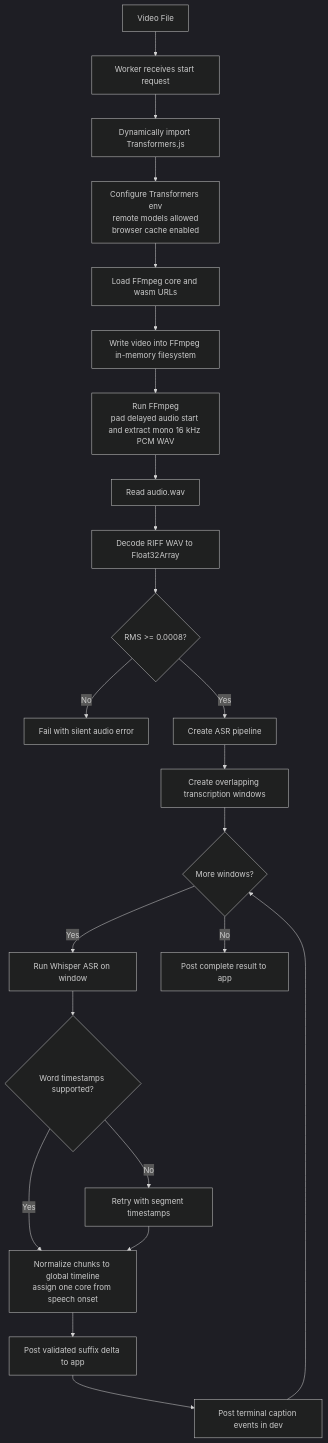
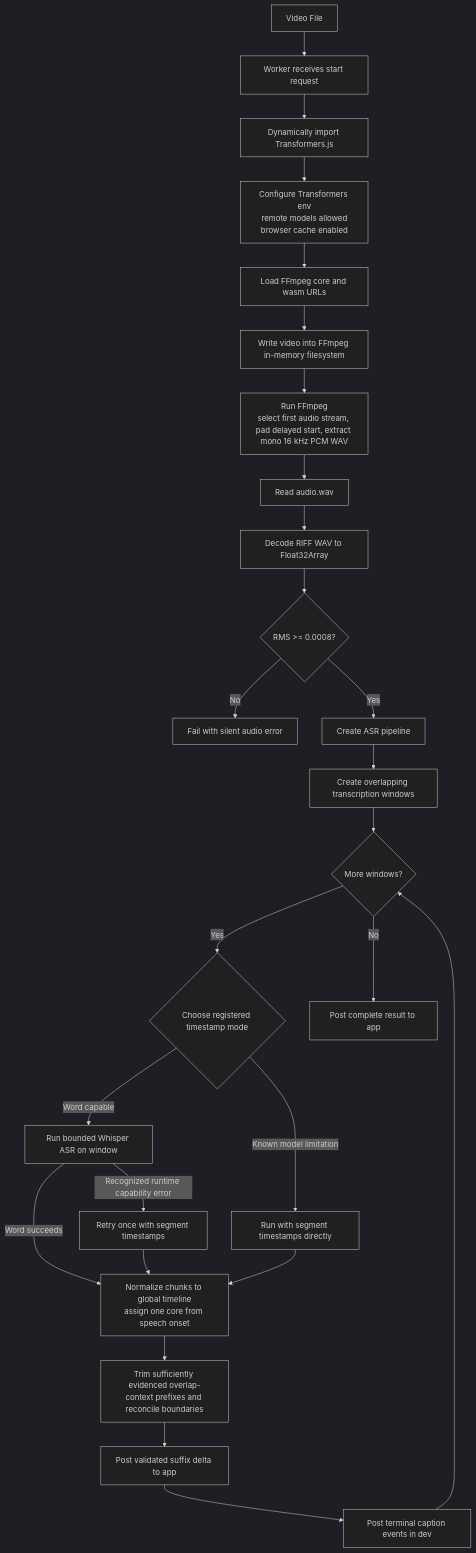
Before and after one commit to zxyandreay/auto-subtitle: the fifth of 18 diagrams in docs/project-state.md, drawn with Mermaid (dark theme). The commit also changed other lines of this file and 38 other files, not shown here.

````diff
--- a/docs/project-state.md
+++ b/docs/project-state.md
@@ -317,25 +322,28 @@
 ```mermaid
 flowchart TD
     File["Video File"] --> WorkerStart["Worker receives start request"]
     WorkerStart --> DynamicImport["Dynamically import Transformers.js"]
     DynamicImport --> Env["Configure Transformers env\nremote models allowed\nbrowser cache enabled"]
     Env --> FfmpegLoad["Load FFmpeg core and wasm URLs"]
     FfmpegLoad --> WriteInput["Write video into FFmpeg in-memory filesystem"]
-    WriteInput --> FfmpegExec["Run FFmpeg\npad delayed audio start and extract mono 16 kHz PCM WAV"]
+    WriteInput --> FfmpegExec["Run FFmpeg\nselect first audio stream, pad delayed start, extract mono 16 kHz PCM WAV"]
     FfmpegExec --> ReadWav["Read audio.wav"]
     ReadWav --> Decode["Decode RIFF WAV to Float32Array"]
     Decode --> Silence{"RMS >= 0.0008?"}
     Silence -->|No| Error["Fail with silent audio error"]
     Silence -->|Yes| LoadPipeline["Create ASR pipeline"]
     LoadPipeline --> Windows["Create overlapping transcription windows"]
     Windows --> Loop{"More windows?"}
-    Loop -->|Yes| Asr["Run Whisper ASR on window"]
-    Asr --> TimestampFallback{"Word timestamps supported?"}
-    TimestampFallback -->|No| SegmentRetry["Retry with segment timestamps"]
-    TimestampFallback -->|Yes| Normalize["Normalize chunks to global timeline\nassign one core from speech onset"]
+    Loop -->|Yes| TimestampRequest{"Choose registered timestamp mode"}
+    TimestampRequest -->|Word capable| Asr["Run bounded Whisper ASR on window"]
+    TimestampRequest -->|Known model limitation| SegmentDirect["Run with segment timestamps directly"]
+    Asr -->|Word succeeds| Normalize["Normalize chunks to global timeline\nassign one core from speech onset"]
+    Asr -->|Recognized runtime capability error| SegmentRetry["Retry once with segment timestamps"]
+    SegmentDirect --> Normalize
     SegmentRetry --> Normalize
-    Normalize --> PartialPreview["Post validated suffix delta to app"]
+    Normalize --> Reconcile["Trim sufficiently evidenced overlap-context prefixes and reconcile boundaries"]
+    Reconcile --> PartialPreview["Post validated suffix delta to app"]
     PartialPreview --> CaptionLog["Post terminal caption events in dev"]
     CaptionLog --> Loop
     Loop -->|No| Complete["Post complete result to app"]
 ```
````
